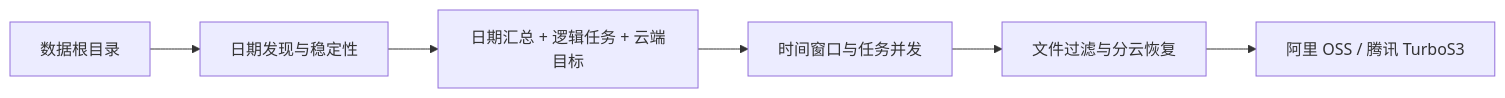
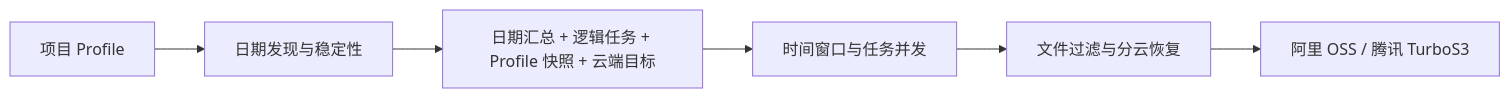
The diagram in docs/modules/README.md (MzKyle/Auto-Upload-Studio), drawn with Mermaid before and after one commit. The commit also changed other lines of this file and 31 other files, not shown here.

````diff
--- a/docs/modules/README.md
+++ b/docs/modules/README.md
@@ -3,8 +3,8 @@
 ```mermaid
 flowchart LR
-  Root["数据根目录"] --> Scanner["日期发现与稳定性"]
-  Scanner --> Register["日期汇总 + 逻辑任务 + 云端目标"]
+  Profile["项目 Profile"] --> Scanner["日期发现与稳定性"]
+  Scanner --> Register["日期汇总 + 逻辑任务 + Profile 快照 + 云端目标"]
   Register --> Queue["时间窗口与任务并发"]
   Queue --> Runner["文件过滤与分云恢复"]
   Runner --> Cloud["阿里 OSS / 腾讯 TurboS3"]
 ```
````
